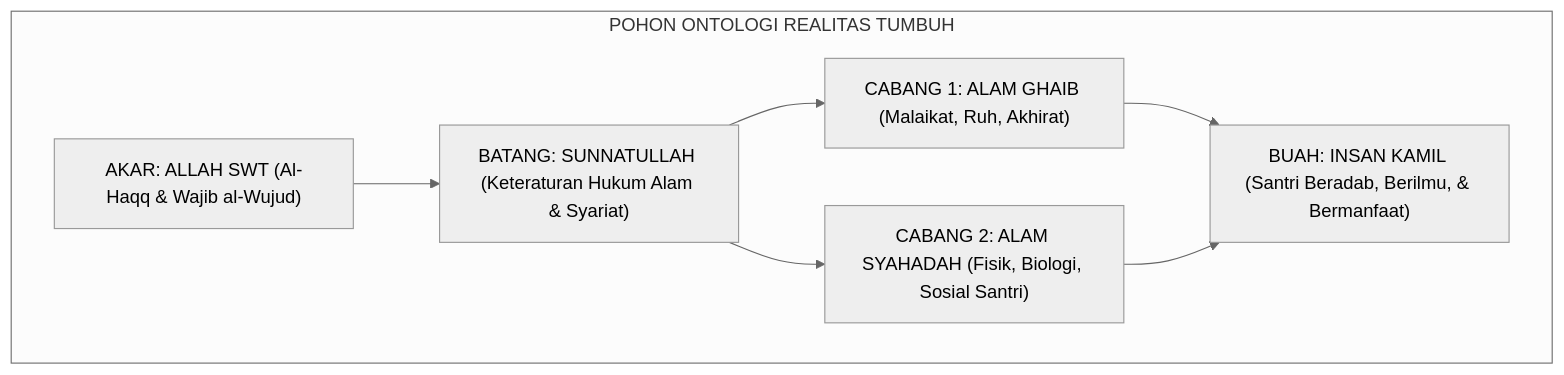
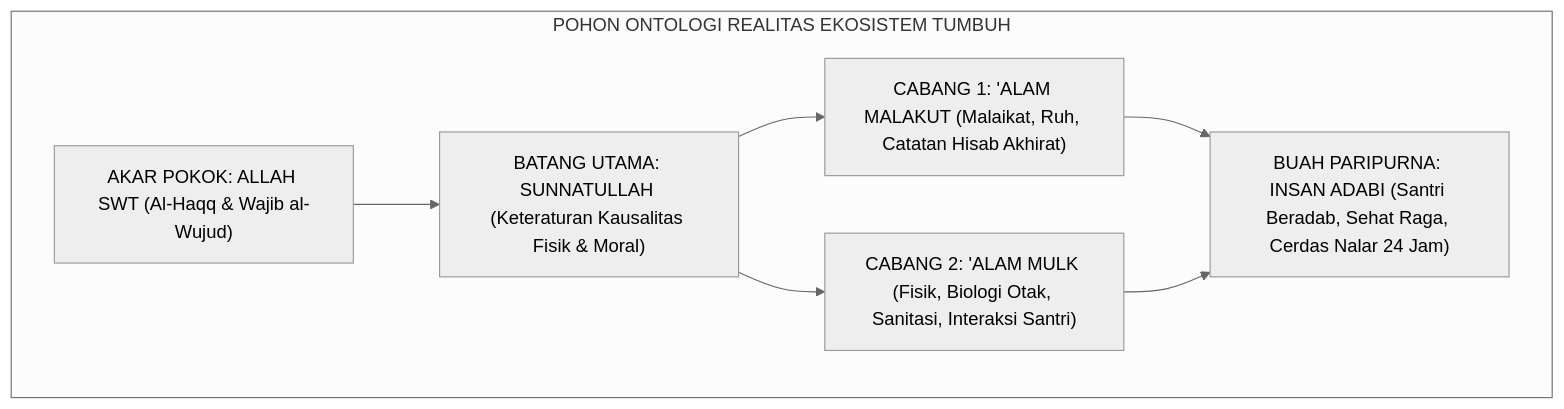
One commit to wandiapriliyandi/tumbuh changed the diagram in 01 Philosophy/01 Worldview/P1-01-01-Hakikat-Realitas.md. Above: the diagram before and after it, drawn with Mermaid (neutral theme). The commit also changed other lines of this file, not shown here.

Commit message:
docs(worldview): pembaruan monograf induk P1-01-01 Hakikat Realitas menyatukan sitemap 6 monograf terpadu dan intisari 3 menit paham

````diff
--- a/01 Philosophy/01 Worldview/P1-01-01-Hakikat-Realitas.md
+++ b/01 Philosophy/01 Worldview/P1-01-01-Hakikat-Realitas.md
@@ -29,16 +48,16 @@
 ```mermaid
 graph TD
-    subgraph PohonOntologi["POHON ONTOLOGI REALITAS TUMBUH"]
-        Akar["AKAR: ALLAH SWT (Al-Haqq & Wajib al-Wujud)"]
-        Batang["BATANG: SUNNATULLAH (Keteraturan Hukum Alam & Syariat)"]
-        CabangGhaib["CABANG 1: ALAM GHAIB (Malaikat, Ruh, Akhirat)"]
-        CabangSyahadah["CABANG 2: ALAM SYAHADAH (Fisik, Biologi, Sosial Santri)"]
-        Buah["BUAH: INSAN KAMIL (Santri Beradab, Berilmu, & Bermanfaat)"]
+    subgraph PohonOntologi["POHON ONTOLOGI REALITAS EKOSISTEM TUMBUH"]
+        Akar["AKAR POKOK: ALLAH SWT (Al-Haqq & Wajib al-Wujud)"]
+        Batang["BATANG UTAMA: SUNNATULLAH (Keteraturan Kausalitas Fisik & Moral)"]
+        CabangGhaib["CABANG 1: 'ALAM MALAKUT (Malaikat, Ruh, Catatan Hisab Akhirat)"]
+        CabangSyahadah["CABANG 2: 'ALAM MULK (Fisik, Biologi Otak, Sanitasi, Interaksi Santri)"]
+        Buah["BUAH PARIPURNA: INSAN ADABI (Santri Beradab, Sehat Raga, Cerdas Nalar 24 Jam)"]
         
         Akar --> Batang
         Batang --> CabangGhaib
         Batang --> CabangSyahadah
         CabangGhaib --> Buah
         CabangSyahadah --> Buah
     end
 ```
````
